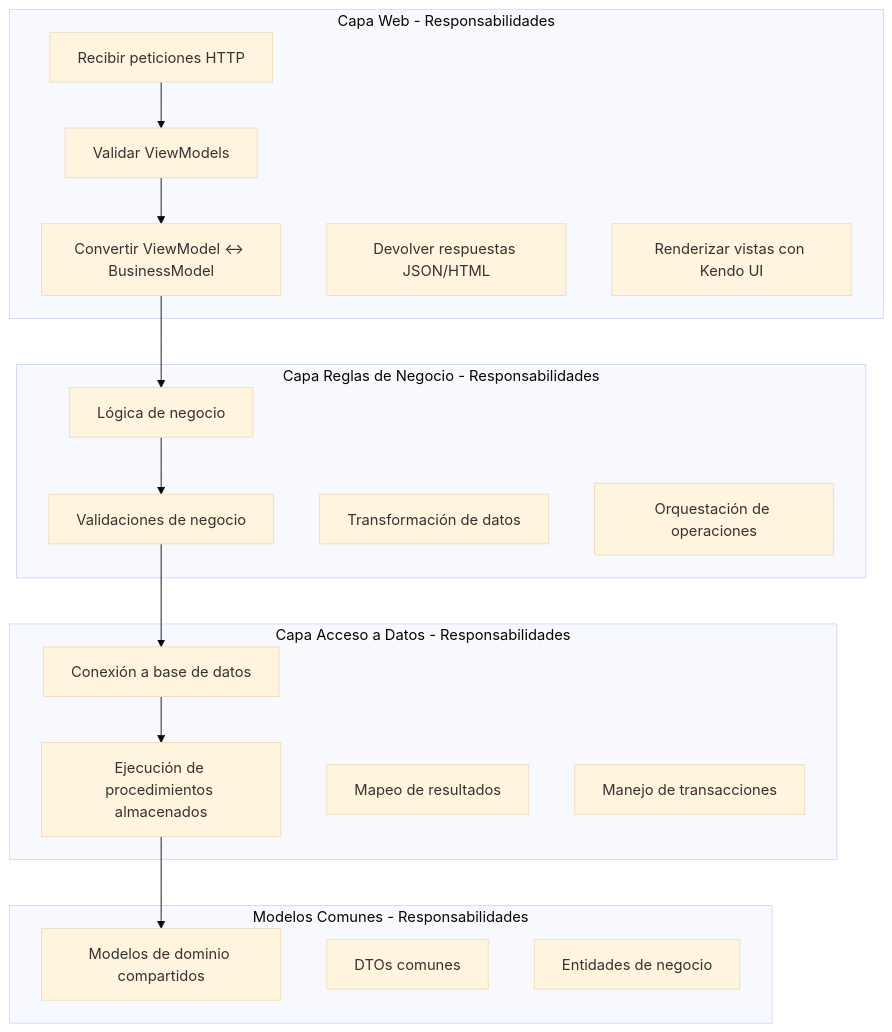
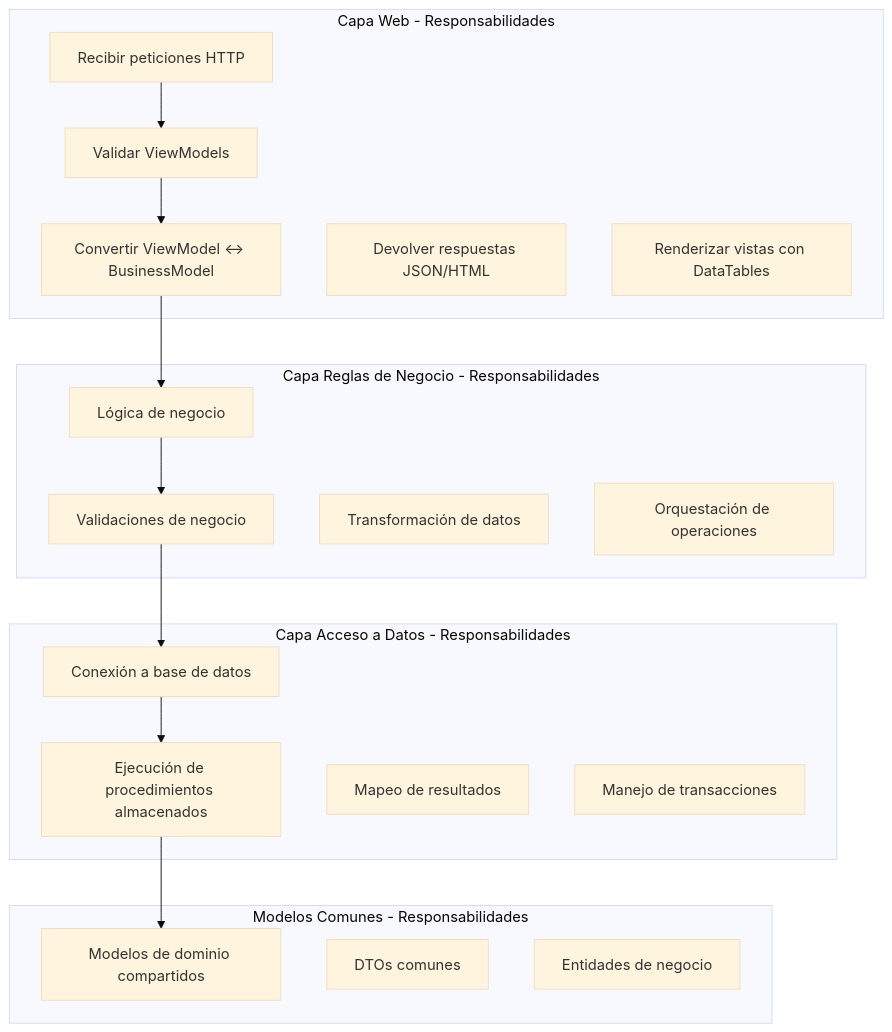
The third of 8 diagrams in docs/ARQUITECTURA.md (alejandro3469/AdministracionFlotillas), drawn with Mermaid (base theme) before and after one commit. The commit also changed other lines of this file and 2 other files, not shown here.

First line of the commit message:
Docs: actualizar documentación con estado actual del proyecto

````diff
--- a/docs/ARQUITECTURA.md
+++ b/docs/ARQUITECTURA.md
@@ -84,38 +84,38 @@
 ```mermaid
 graph TD
     subgraph "Capa Web - Responsabilidades"
         W1[Recibir peticiones HTTP]
         W2[Validar ViewModels]
         W3[Convertir ViewModel ↔ BusinessModel]
         W4[Devolver respuestas JSON/HTML]
-        W5[Renderizar vistas con Kendo UI]
+        W5[Renderizar vistas con DataTables]
     end
     
     subgraph "Capa Reglas de Negocio - Responsabilidades"
         RN1[Lógica de negocio]
         RN2[Validaciones de negocio]
         RN3[Transformación de datos]
         RN4[Orquestación de operaciones]
     end
     
     subgraph "Capa Acceso a Datos - Responsabilidades"
         AD1[Conexión a base de datos]
         AD2[Ejecución de procedimientos almacenados]
         AD3[Mapeo de resultados]
         AD4[Manejo de transacciones]
     end
     
     subgraph "Modelos Comunes - Responsabilidades"
         MC1[Modelos de dominio compartidos]
         MC2[DTOs comunes]
         MC3[Entidades de negocio]
     end
     
     W1 --> W2
     W2 --> W3
     W3 --> RN1
     RN1 --> RN2
     RN2 --> AD1
     AD1 --> AD2
     AD2 --> MC1
 ```
````
